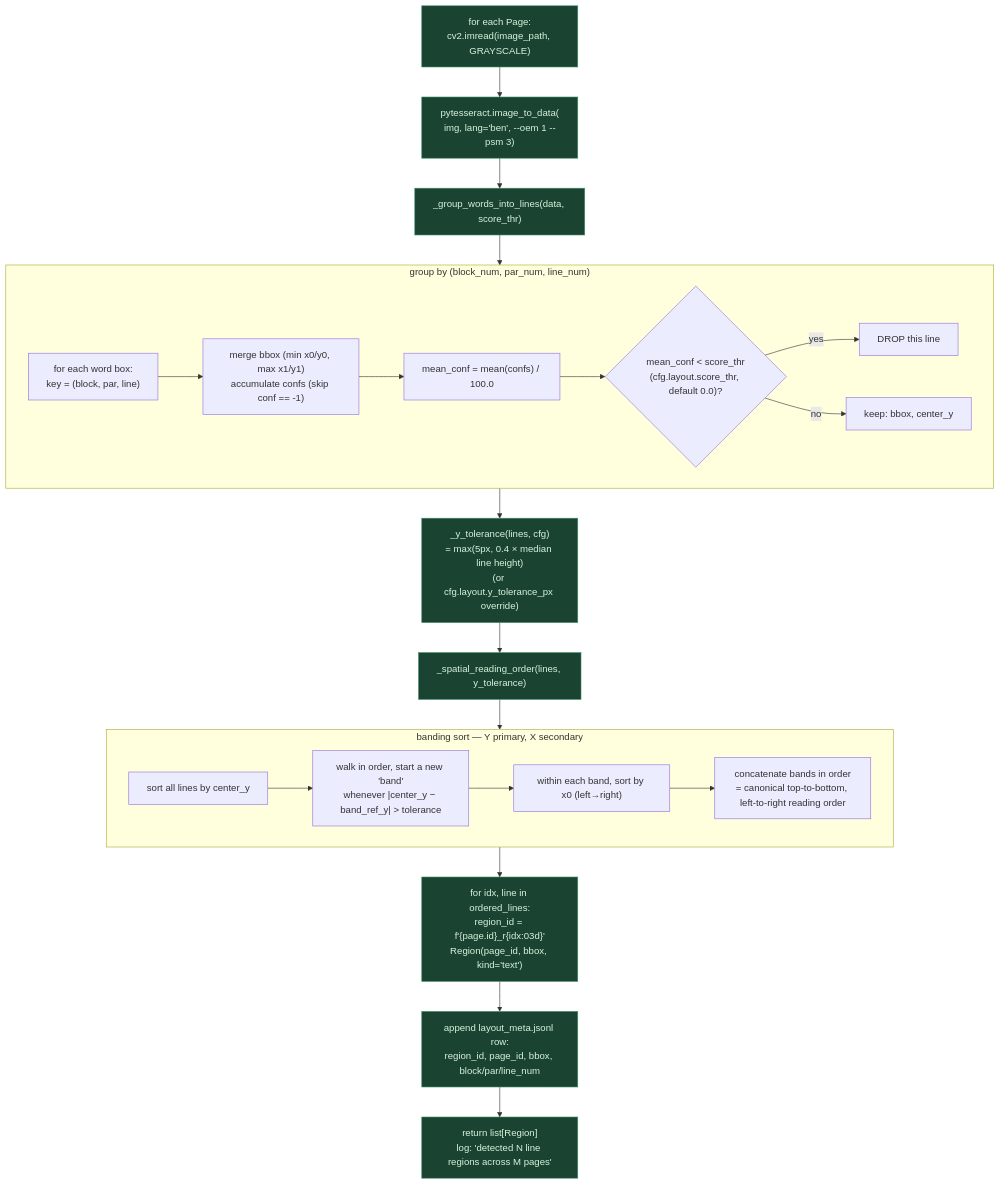
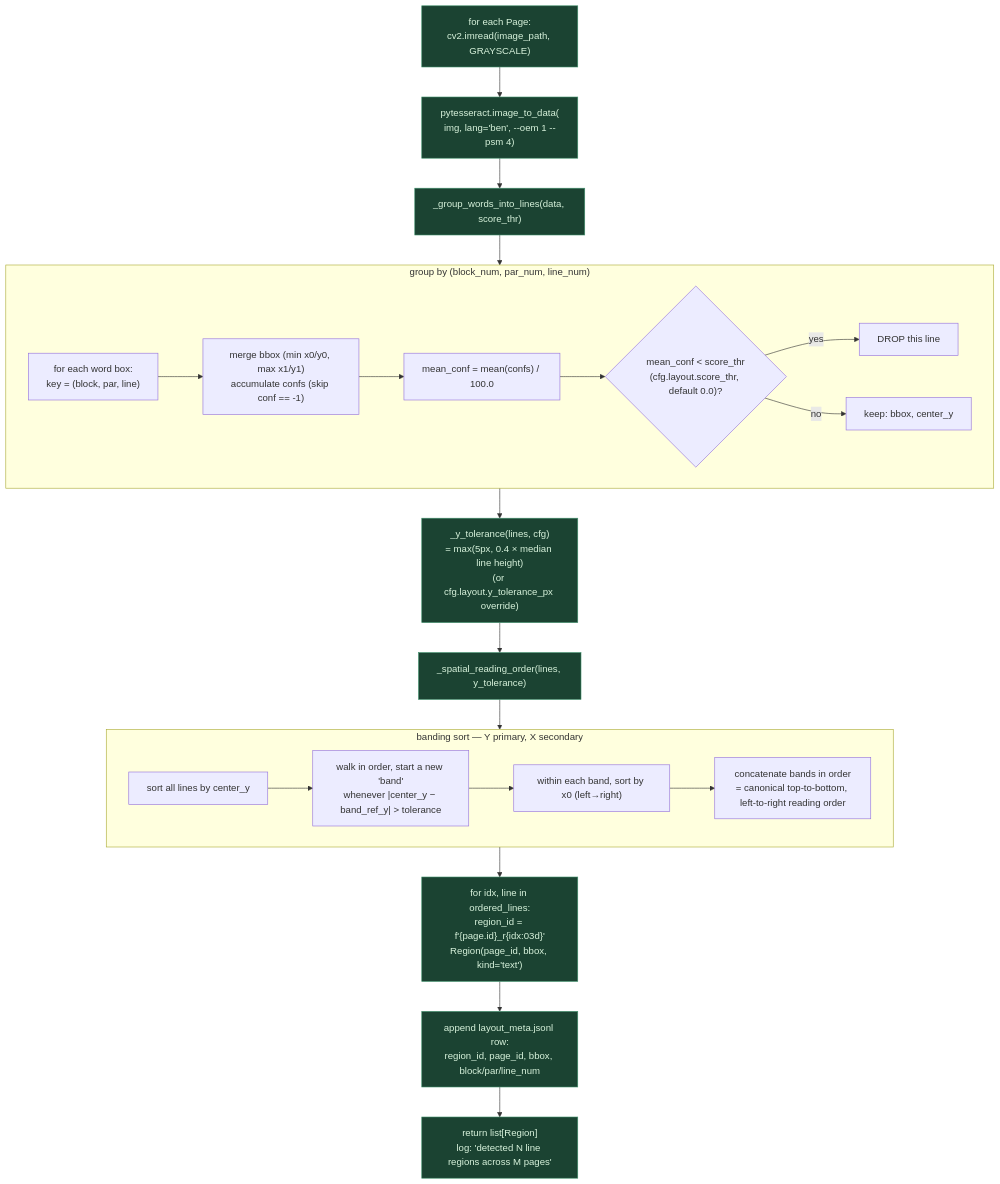
The fifth of 11 diagrams in doc-agent-starter/reports/pipeline_diagram.md (Atika-Tabassum/doc-agent-G09), drawn with Mermaid before and after one commit. The commit also changed other lines of this file and 1 other file, not shown here.

````diff
--- a/doc-agent-starter/reports/pipeline_diagram.md
+++ b/doc-agent-starter/reports/pipeline_diagram.md
@@ -228,31 +237,31 @@
 ```mermaid
 flowchart TD
-    A["for each Page:<br/>cv2.imread(image_path, GRAYSCALE)"] --> B["pytesseract.image_to_data(<br/>img, lang='ben', --oem 1 --psm 3)"]
+    A["for each Page:<br/>cv2.imread(image_path, GRAYSCALE)"] --> B["pytesseract.image_to_data(<br/>img, lang='ben', --oem 1 --psm 4)"]
     B --> C["_group_words_into_lines(data, score_thr)"]
 
     subgraph GROUP["group by (block_num, par_num, line_num)"]
         C1["for each word box:<br/>key = (block, par, line)"] --> C2["merge bbox (min x0/y0, max x1/y1)<br/>accumulate confs (skip conf == -1)"]
         C2 --> C3["mean_conf = mean(confs) / 100.0"]
         C3 --> C4{"mean_conf &lt; score_thr<br/>(cfg.layout.score_thr, default 0.0)?"}
         C4 -->|yes| C5["DROP this line"]
         C4 -->|no| C6["keep: bbox, center_y"]
     end
     C --> GROUP
 
     GROUP --> D["_y_tolerance(lines, cfg)<br/>= max(5px, 0.4 × median line height)<br/>(or cfg.layout.y_tolerance_px override)"]
     D --> E["_spatial_reading_order(lines, y_tolerance)"]
 
     subgraph ORDER["banding sort — Y primary, X secondary"]
         E1["sort all lines by center_y"] --> E2["walk in order, start a new 'band'<br/>whenever |center_y − band_ref_y| &gt; tolerance"]
         E2 --> E3["within each band, sort by x0 (left→right)"]
         E3 --> E4["concatenate bands in order<br/>= canonical top-to-bottom, left-to-right reading order"]
     end
     E --> ORDER
 
     ORDER --> F["for idx, line in ordered_lines:<br/>region_id = f'{page.id}_r{idx:03d}'<br/>Region(page_id, bbox, kind='text')"]
     F --> G["append layout_meta.jsonl row:<br/>region_id, page_id, bbox, block/par/line_num"]
     G --> H["return list[Region]<br/>log: 'detected N line regions across M pages'"]
 
     classDef done fill:#1b4332,stroke:#40916c,color:#d8f3dc
     class A,B,C,D,E,F,G,H done
 ```
````
